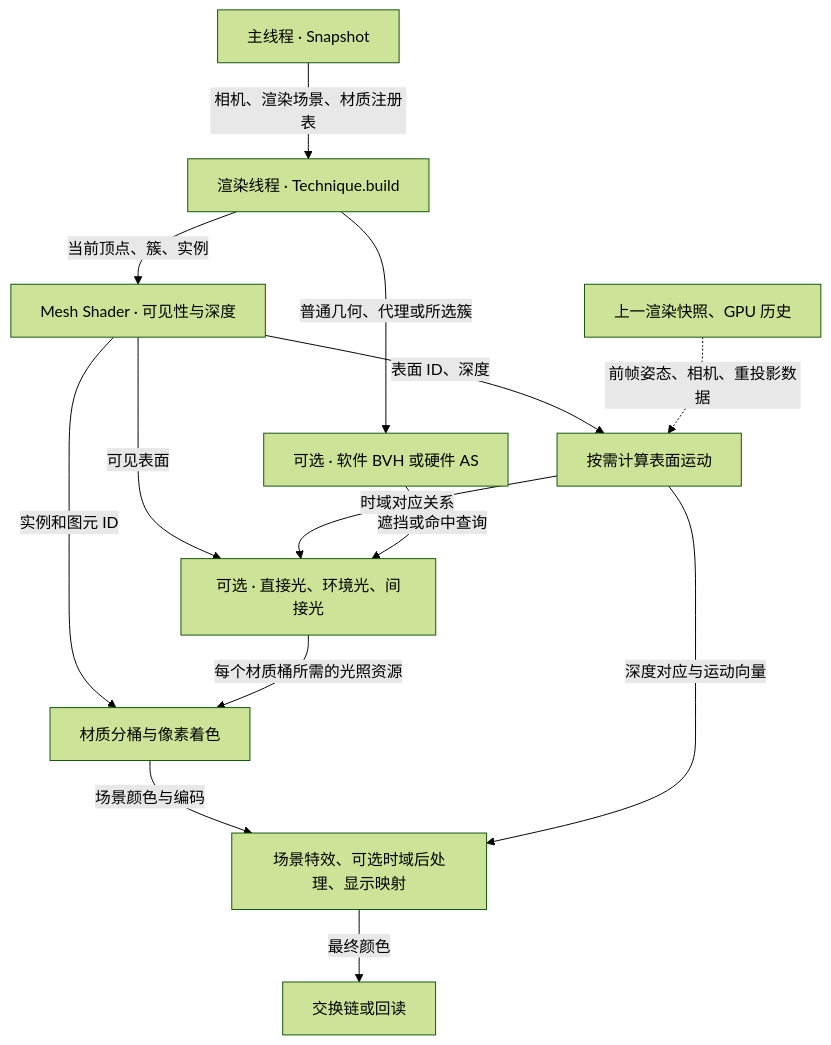
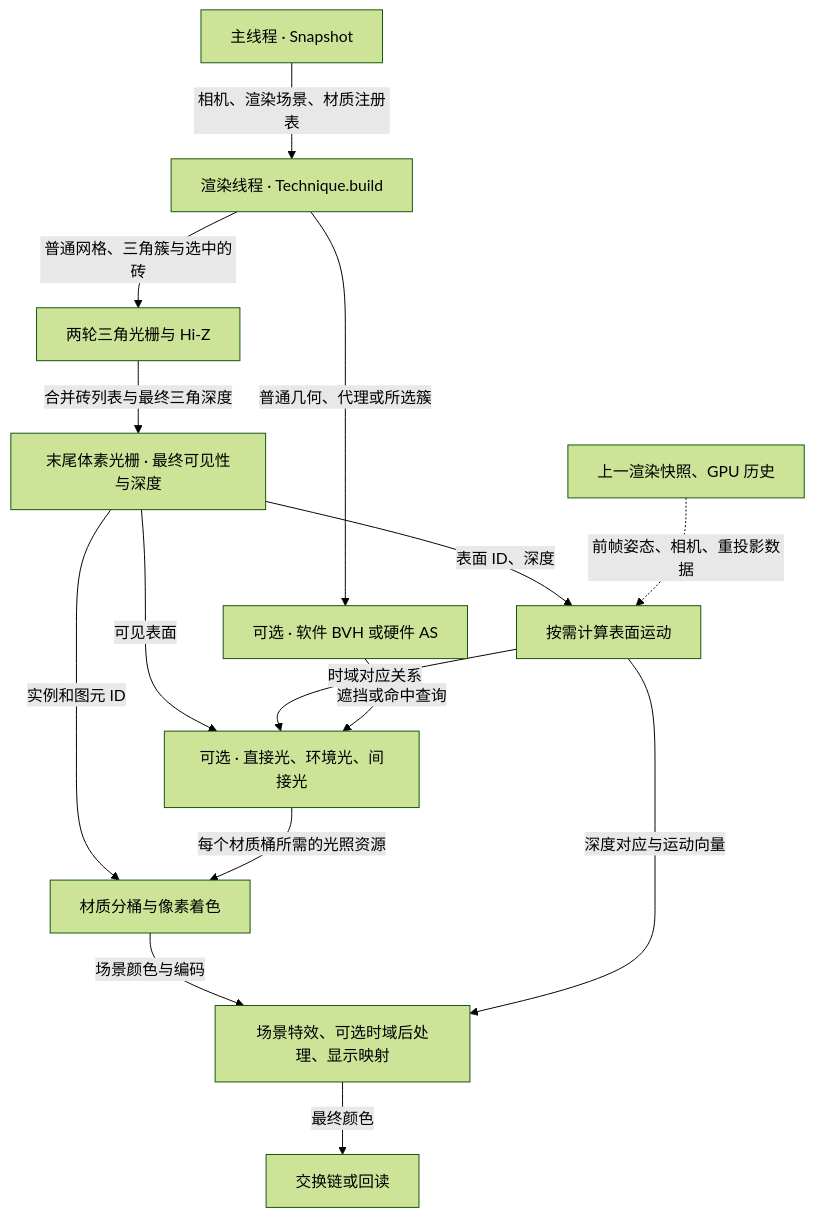
One commit to re-define/render-lab changed the diagram in docs/render-pipeline.md. Above: the diagram before and after it, drawn with Mermaid (forest theme). The commit also changed other lines of this file and 58 other files, not shown here.

````diff
--- a/docs/render-pipeline.md
+++ b/docs/render-pipeline.md
@@ -5,16 +5,17 @@
 ```mermaid
 flowchart TD
     S["主线程 · Snapshot"] -->|"相机、渲染场景、材质注册表"| T["渲染线程 · Technique.build"]
-    T -->|"当前顶点、簇、实例"| V["Mesh Shader · 可见性与深度"]
+    T -->|"普通网格、三角簇与选中的砖"| C["两轮三角光栅与 Hi-Z"]
+    C -->|"合并砖列表与最终三角深度"| V["末尾体素光栅 · 最终可见性与深度"]
     T -->|"普通几何、代理或所选簇"| A["可选 · 软件 BVH 或硬件 AS"]
     V -->|"表面 ID、深度"| M["按需计算表面运动"]
     H["上一渲染快照、GPU 历史"] -.->|"前帧姿态、相机、重投影数据"| M
     V -->|"可见表面"| L["可选 · 直接光、环境光、间接光"]
     M -->|"时域对应关系"| L
     A -->|"遮挡或命中查询"| L
     V -->|"实例和图元 ID"| B["材质分桶与像素着色"]
     L -->|"每个材质桶所需的光照资源"| B
     B -->|"场景颜色与编码"| P["场景特效、可选时域后处理、显示映射"]
     M -->|"深度对应与运动向量"| P
     P -->|"最终颜色"| O["交换链或回读"]
 ```
````
